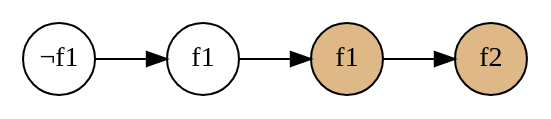
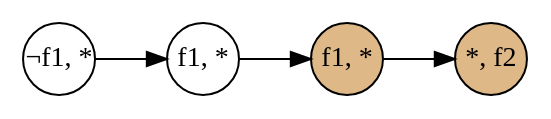
The second of 5 diagrams in src/mc5/mc5.1.md (sinotca529/glab-seminar), drawn with Graphviz before and after one commit. The commit also changed other lines of this file and 2 other files, not shown here.

````diff
--- a/src/mc5/mc5.1.md
+++ b/src/mc5/mc5.1.md
@@ -131,11 +131,11 @@
 ```graphviz {caption="ループ1順後"}
 digraph G {
     graph [rankdir=LR]
     node [shape=circle, style=filled, fillcolor="white", fixedsize="true"]
-    N0 [label="¬f1"]
-    N1 [label="f1"]
-    N2 [label="f1", fillcolor="burlywood"]
-    N3 [label="f2", fillcolor="burlywood"]
+    N0 [label="¬f1, *"]
+    N1 [label="f1, *"]
+    N2 [label="f1, *", fillcolor="burlywood"]
+    N3 [label="*, f2", fillcolor="burlywood"]
     N0 -> N1 -> N2 -> N3
 }
 ```
````
